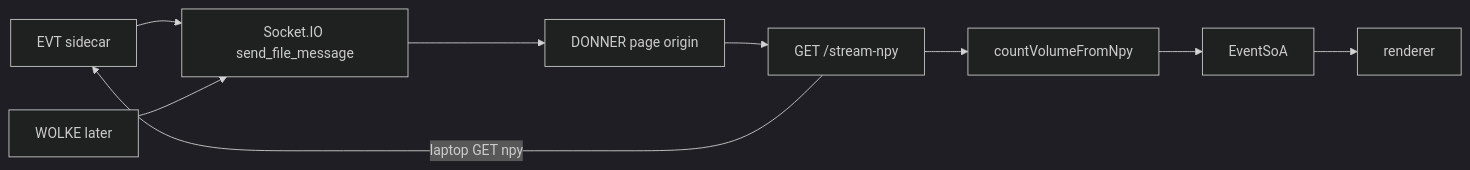
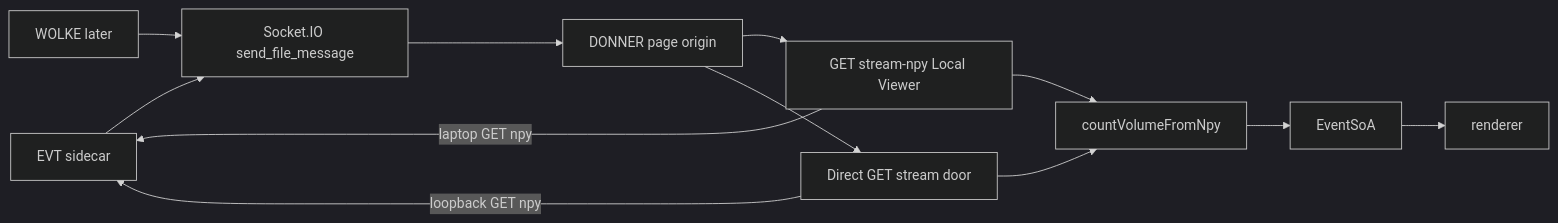
Diagram 12 of 40 in architecture.md (PiMaV/DONNER), drawn with Mermaid (dark theme) before and after one commit. The commit also changed other lines of this file and 14 other files, not shown here.

First line of the commit message:
Let the public page connect to a loopback sidecar.

````diff
--- a/architecture.md
+++ b/architecture.md
@@ -363,19 +366,23 @@
 ```mermaid
 flowchart LR
   sidecar[EVT sidecar]
   wolke[WOLKE later]
   sio["Socket.IO send_file_message"]
   page["DONNER page origin"]
-  proxy["GET /stream-npy"]
+  proxy["GET stream-npy Local Viewer"]
+  direct["Direct GET stream door"]
   adapter[countVolumeFromNpy]
   soaStream[EventSoA]
   rendStream[renderer]
   sidecar --> sio
   wolke --> sio
   sio --> page
   page --> proxy
+  page --> direct
   proxy -->|"laptop GET npy"| sidecar
+  direct -->|"loopback GET npy"| sidecar
   proxy --> adapter
+  direct --> adapter
   adapter --> soaStream
   soaStream --> rendStream
 ```
````
